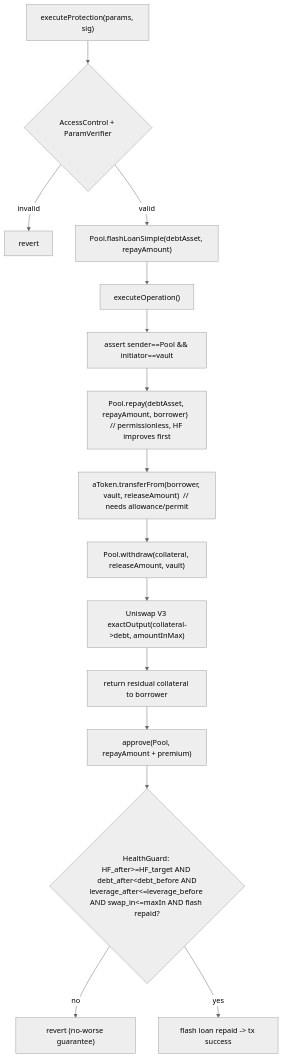
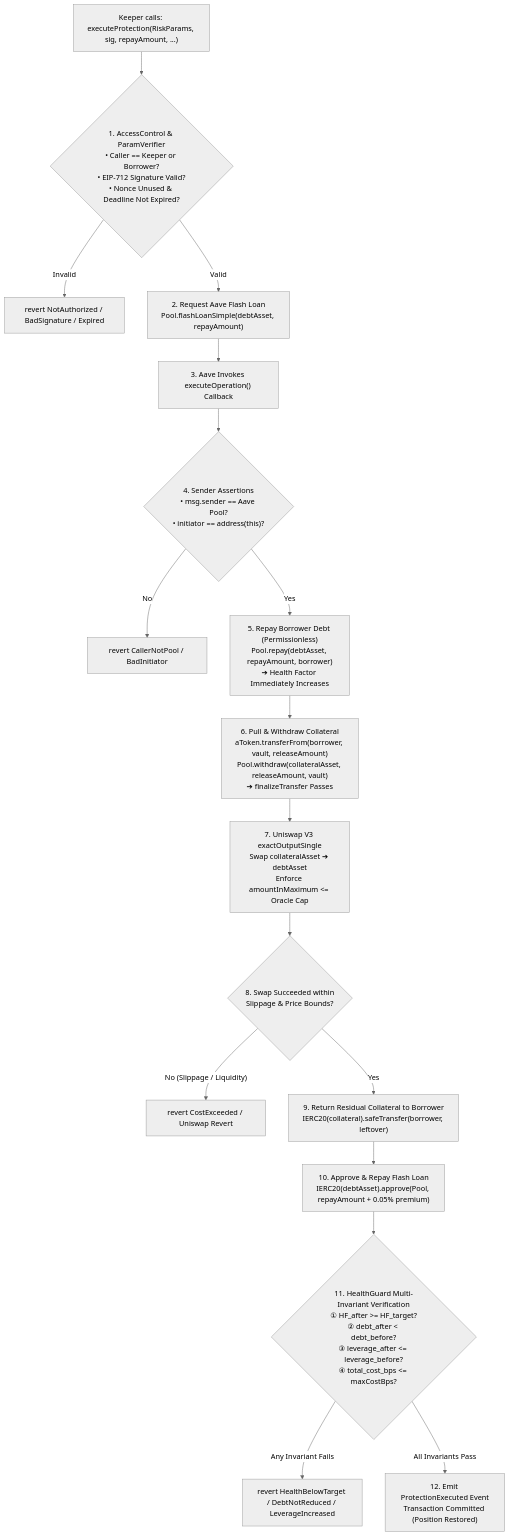
Before and after one commit to nishok22-max/FinaX: the fourth of 8 diagrams in SYSTEM_ARCHITECTURE.md, drawn with Mermaid (neutral theme). The commit also changed other lines of this file and 10 other files, not shown here.

````diff
--- a/SYSTEM_ARCHITECTURE.md
+++ b/SYSTEM_ARCHITECTURE.md
@@ -144,17 +201,32 @@
 ```mermaid
 flowchart TD
-    A["executeProtection(params, sig)"] --> B{"AccessControl + ParamVerifier"}
-    B -->|invalid| R0["revert"]
-    B -->|valid| C["Pool.flashLoanSimple(debtAsset, repayAmount)"]
-    C --> D["executeOperation()"]
-    D --> E["assert sender==Pool && initiator==vault"]
-    E --> F["Pool.repay(debtAsset, repayAmount, borrower)  // permissionless, HF improves first"]
-    F --> G1["aToken.transferFrom(borrower, vault, releaseAmount)  // needs allowance/permit"]
-    G1 --> G2["Pool.withdraw(collateral, releaseAmount, vault)"]
-    G2 --> H["Uniswap V3 exactOutput(collateral->debt, amountInMax)"]
-    H --> I["return residual collateral to borrower"]
-    I --> J["approve(Pool, repayAmount + premium)"]
-    J --> K{"HealthGuard: HF_after>=HF_target AND debt_after&lt;debt_before AND<br/>leverage_after&lt;=leverage_before AND swap_in&lt;=maxIn AND flash repaid?"}
-    K -->|no| R1["revert (no-worse guarantee)"]
-    K -->|yes| L["flash loan repaid -> tx success"]
+    TxIn["Keeper calls: executeProtection(RiskParams, sig, repayAmount, ...)"] --> EntryChecks{"1. AccessControl & ParamVerifier<br/>• Caller == Keeper or Borrower?<br/>• EIP-712 Signature Valid?<br/>• Nonce Unused & Deadline Not Expired?"}
+    
+    EntryChecks -- "Invalid" --> Rev0["revert NotAuthorized / BadSignature / Expired"]
+    
+    EntryChecks -- "Valid" --> FlashReq["2. Request Aave Flash Loan<br/>Pool.flashLoanSimple(debtAsset, repayAmount)"]
+    
+    FlashReq --> Callback["3. Aave Invokes executeOperation() Callback"]
+    
+    Callback --> CallCheck{"4. Sender Assertions<br/>• msg.sender == Aave Pool?<br/>• initiator == address(this)?"}
+    CallCheck -- "No" --> Rev1["revert CallerNotPool / BadInitiator"]
+    
+    CallCheck -- "Yes" --> RepayDebt["5. Repay Borrower Debt (Permissionless)<br/>Pool.repay(debtAsset, repayAmount, borrower)<br/>➔ Health Factor Immediately Increases"]
+    
+    RepayDebt --> WithdrawCol["6. Pull & Withdraw Collateral<br/>aToken.transferFrom(borrower, vault, releaseAmount)<br/>Pool.withdraw(collateralAsset, releaseAmount, vault)<br/>➔ finalizeTransfer Passes"]
+    
+    WithdrawCol --> SwapDex["7. Uniswap V3 exactOutputSingle<br/>Swap collateralAsset ➔ debtAsset<br/>Enforce amountInMaximum <= Oracle Cap"]
+    
+    SwapDex --> SwapCheck{"8. Swap Succeeded within<br/>Slippage & Price Bounds?"}
+    SwapCheck -- "No (Slippage / Liquidity)" --> Rev2["revert CostExceeded / Uniswap Revert"]
+    
+    SwapCheck -- "Yes" --> ReturnRes["9. Return Residual Collateral to Borrower<br/>IERC20(collateral).safeTransfer(borrower, leftover)"]
+    
+    ReturnRes --> RepayFlash["10. Approve & Repay Flash Loan<br/>IERC20(debtAsset).approve(Pool, repayAmount + 0.05% premium)"]
+    
+    RepayFlash --> HealthGuard{"11. HealthGuard Multi-Invariant Verification<br/>① HF_after >= HF_target?<br/>② debt_after < debt_before?<br/>③ leverage_after <= leverage_before?<br/>④ total_cost_bps <= maxCostBps?"}
+    
+    HealthGuard -- "Any Invariant Fails" --> Rev3["revert HealthBelowTarget / DebtNotReduced / LeverageIncreased"]
+    
+    HealthGuard -- "All Invariants Pass" --> Settle["12. Emit ProtectionExecuted Event<br/>Transaction Committed (Position Restored)"]
 ```
````
